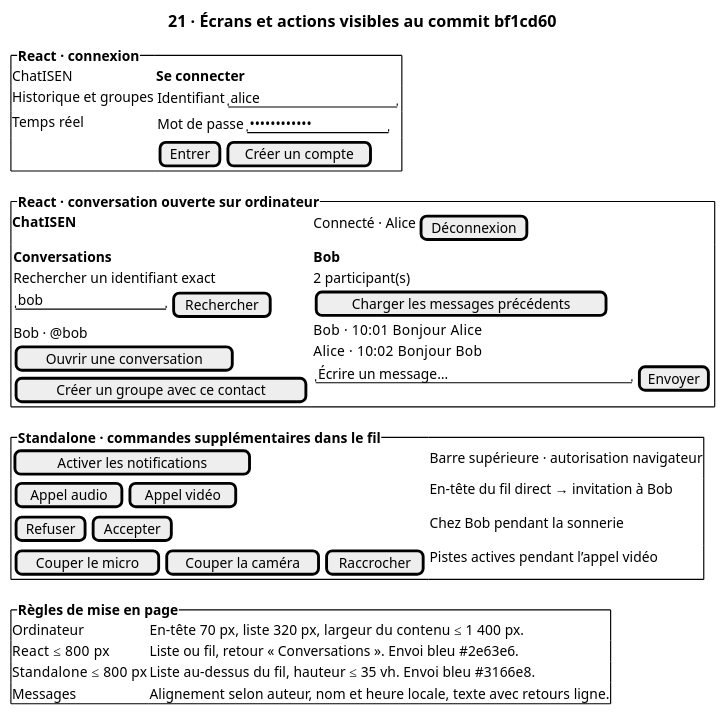
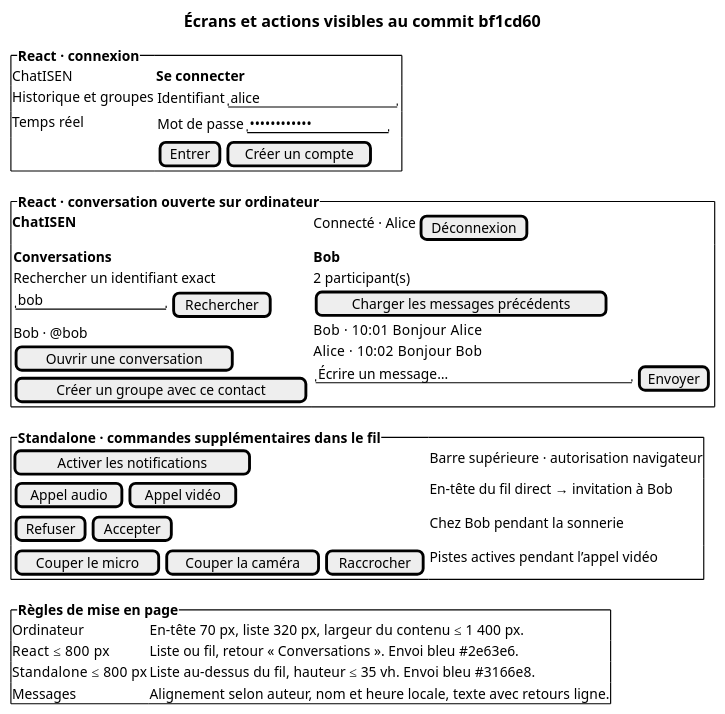
Before and after one commit to Zayonx-0/ChatISEN: the diagram in docs/architecture/details/21-ecrans.puml, drawn with PlantUML. The commit also changed 45 other files, not shown here.

```diff
--- a/docs/architecture/details/21-ecrans.puml
+++ b/docs/architecture/details/21-ecrans.puml
@@ -1,41 +1,41 @@
 @startsalt
 scale 1.15
 skinparam defaultFontName SansSerif
-title 21 · Écrans et actions visibles au commit bf1cd60
+title Écrans et actions visibles au commit bf1cd60
 {
   {^"<b>React · connexion"
     ChatISEN | <b>Se connecter</b>
     Historique et groupes | { Identifiant | "alice             " }
     Temps réel | { Mot de passe | "••••••••••••   " }
     . | { [Entrer] | [Créer un compte] }
   }
   {^"<b>React · conversation ouverte sur ordinateur"
     <b>ChatISEN</b> | { Connecté · Alice | [Déconnexion] }
     { <b>Conversations</b>
       Rechercher un identifiant exact
       { "bob             " | [Rechercher] }
       Bob · @bob
       [Ouvrir une conversation]
       [Créer un groupe avec ce contact]
     } | { <b>Bob</b>
           2 participant(s)
           [Charger les messages précédents]
           Bob · 10:01   Bonjour Alice
           Alice · 10:02   Bonjour Bob
           { "Écrire un message…                " | [Envoyer] }
         }
   }
   {^"<b>Standalone · commandes supplémentaires dans le fil"
     [Activer les notifications] | Barre supérieure · autorisation navigateur
     { [Appel audio] | [Appel vidéo] } | En-tête du fil direct → invitation à Bob
     { [Refuser] | [Accepter] } | Chez Bob pendant la sonnerie
     { [Couper le micro] | [Couper la caméra] | [Raccrocher] } | Pistes actives pendant l’appel vidéo
   }
   {^"<b>Règles de mise en page"
     Ordinateur | En-tête 70 px, liste 320 px, largeur du contenu ≤ 1 400 px.
     React ≤ 800 px | Liste ou fil, retour « Conversations ». Envoi bleu #2e63e6.
     Standalone ≤ 800 px | Liste au-dessus du fil, hauteur ≤ 35 vh. Envoi bleu #3166e8.
     Messages | Alignement selon auteur, nom et heure locale, texte avec retours ligne.
   }
 }
 @endsalt
```
